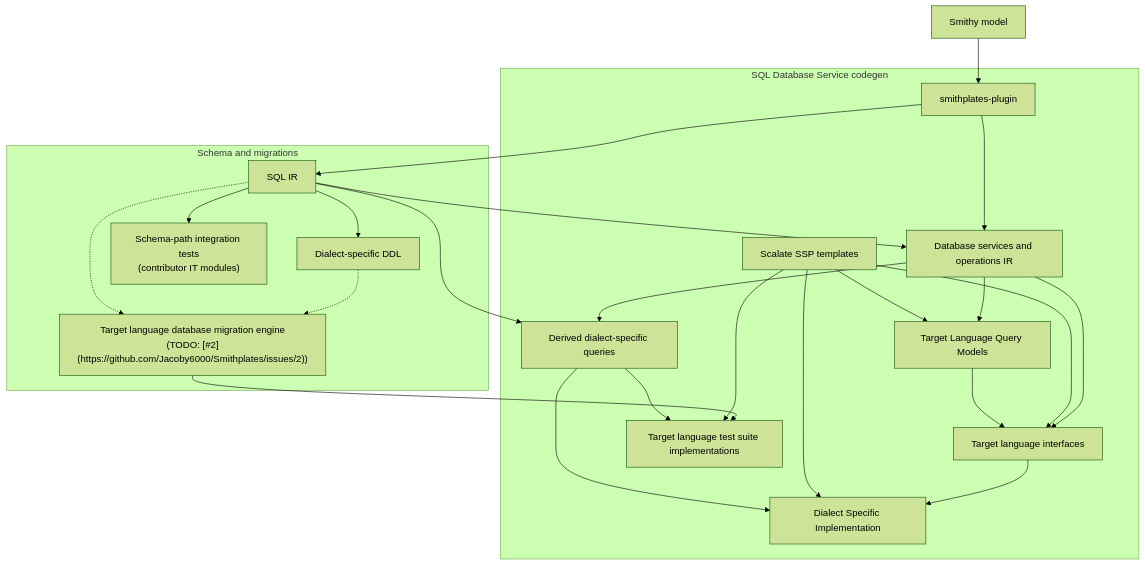
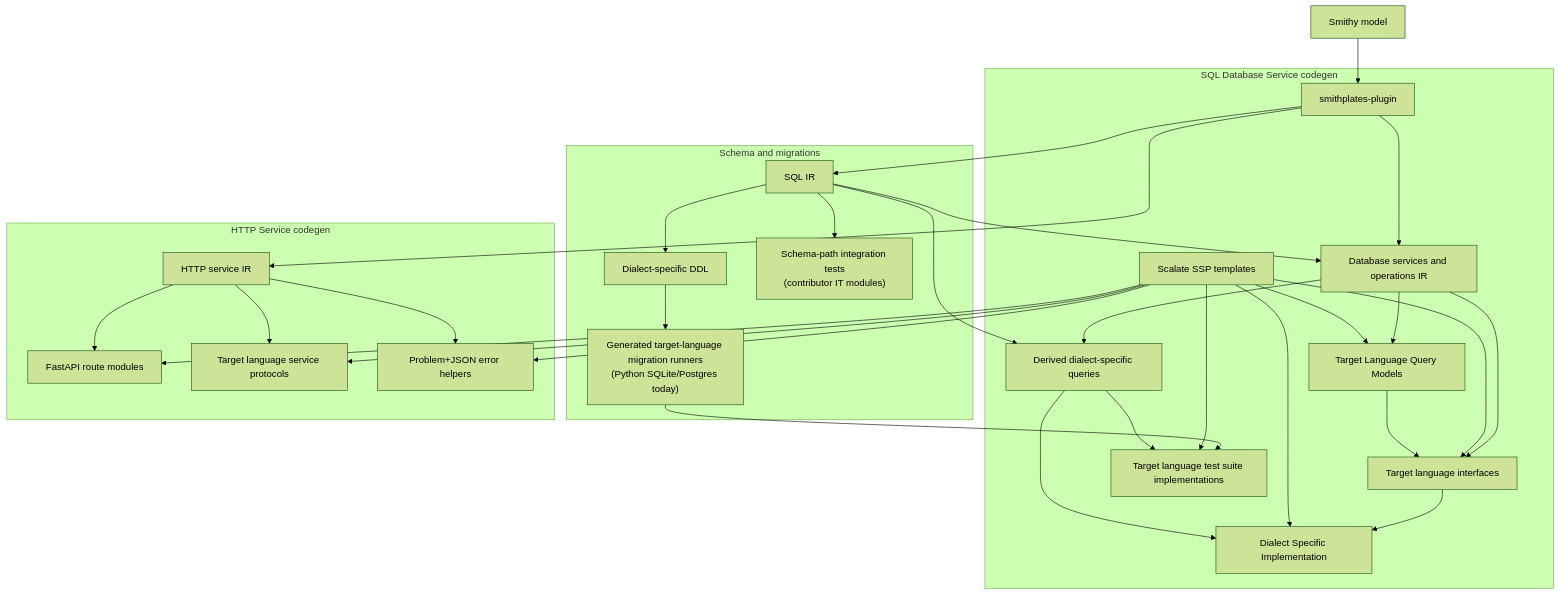
Before and after one commit to Jacoby6000/Smithplates: the diagram in docs/reusable-components/architecture-pipeline.mmd, drawn with Mermaid (forest theme). The commit also changed 10 other files, not shown here.

```diff
--- a/docs/reusable-components/architecture-pipeline.mmd
+++ b/docs/reusable-components/architecture-pipeline.mmd
@@ -1,42 +1,51 @@
 flowchart TD
     SM["Smithy model"]
     SSP["smithplates-plugin"]
 
     SM --> SSP
 
     SSP --> SQLIR["SQL IR"]
+    SSP --> HTTPIR["HTTP service IR"]
 
 
     subgraph schema["Schema and migrations"]
         SQLIR --> DDL["Dialect-specific DDL"]
         SQLIR --> SchemaIT["Schema-path integration tests<br/>(contributor IT modules)"]
         
-        Migration["Target language database migration engine<br/>(TODO: [#2](https://github.com/Jacoby6000/Smithplates/issues/2))"]
-        DDL   -.-> Migration
-        SQLIR -.-> Migration
+        Migration["Generated target-language migration runners<br/>(Python SQLite/Postgres today)"]
+        DDL   --> Migration
     end
 
     subgraph services["SQL Database Service codegen"]
         SSP   --> SVCIR["Database services and operations IR"]
         SQLIR --> SVCIR
         
         MT["Scalate SSP templates"]
         SVCIR --> TLQM["Target Language Query Models"]
         MT    --> TLQM
 
         SVCIR --> Interfaces["Target language interfaces"]
         MT    --> Interfaces   
         TLQM  --> Interfaces
 
         SVCIR --> DerivedQueries["Derived dialect-specific queries"]
         SQLIR --> DerivedQueries
 
         Interfaces     --> Impl["Dialect Specific Implementation"]
         MT             --> Impl        
         DerivedQueries --> Impl
 
         Migration      --> TestImpl["Target language test suite implementations"]
         MT             --> TestImpl
         DerivedQueries --> TestImpl
 
     end
+
+    subgraph http["HTTP Service codegen"]
+        HTTPIR --> Routes["FastAPI route modules"]
+        HTTPIR --> Protocols["Target language service protocols"]
+        HTTPIR --> Problems["Problem+JSON error helpers"]
+        MT --> Routes
+        MT --> Protocols
+        MT --> Problems
+    end
```
